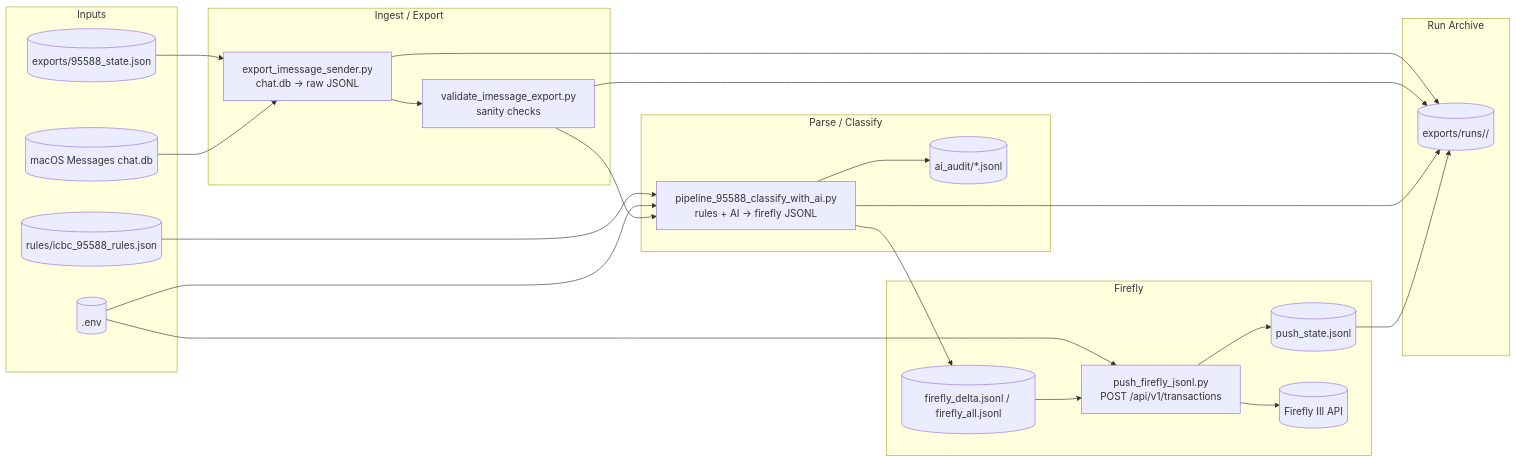
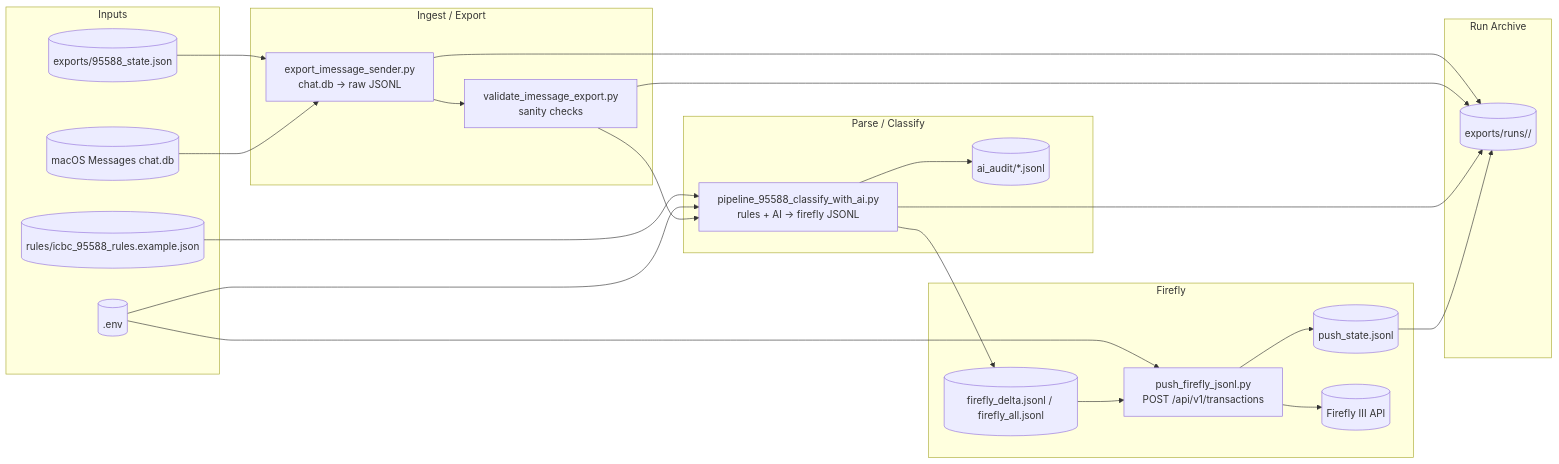
Before and after one commit to AaronWander/Qbillrecord: the diagram in docs/diagrams/pipeline.mmd, drawn with Mermaid. The commit also changed other lines of this file and 6 other files, not shown here.

Commit message:
chore: ship english rules example only

```diff
--- a/docs/diagrams/pipeline.mmd
+++ b/docs/diagrams/pipeline.mmd
@@ -1,50 +1,50 @@
 flowchart LR
   %% 95588 -> Firefly pipeline (incremental & full)
 
   subgraph Inputs[Inputs]
     chatdb[(macOS Messages chat.db)]
-    rules[(rules/icbc_95588_rules.json)]
+    rules[(rules/icbc_95588_rules.example.json)]
     env[(.env)]
     state[(exports/95588_state.json)]
   end
 
   subgraph Ingest[Ingest / Export]
     export_imsg[export_imessage_sender.py\nchat.db -> raw JSONL]
     validate_export[validate_imessage_export.py\nsanity checks]
   end
 
   subgraph ParseClassify[Parse / Classify]
     pipeline[pipeline_95588_classify_with_ai.py\nrules + AI -> firefly JSONL]
     ai_audit[(ai_audit/*.jsonl)]
   end
 
   subgraph Firefly[Firefly]
     firefly_jsonl[(firefly_delta.jsonl / firefly_all.jsonl)]
     push[push_firefly_jsonl.py\nPOST /api/v1/transactions]
     push_state[(push_state.jsonl)]
     firefly_api[(Firefly III API)]
   end
 
   subgraph Archive[Run Archive]
     run_dir[(exports/runs/<timestamp>/)]
   end
 
   %% Flow: incremental
   state --> export_imsg
   chatdb --> export_imsg
   export_imsg --> validate_export
   rules --> pipeline
   env --> pipeline
   validate_export --> pipeline
   pipeline --> ai_audit
   pipeline --> firefly_jsonl
   env --> push
   firefly_jsonl --> push
   push --> firefly_api
   push --> push_state
 
   %% Archive artifacts
   export_imsg --> run_dir
   validate_export --> run_dir
   pipeline --> run_dir
   push_state --> run_dir
```
